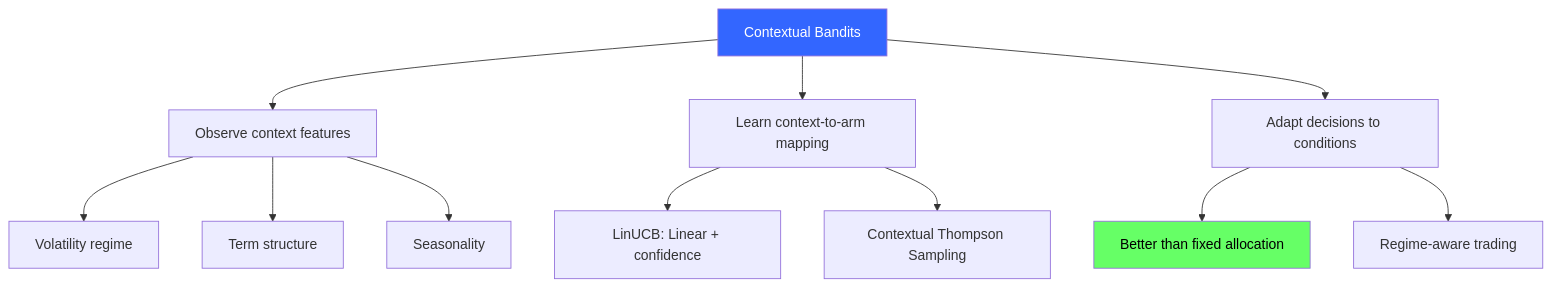
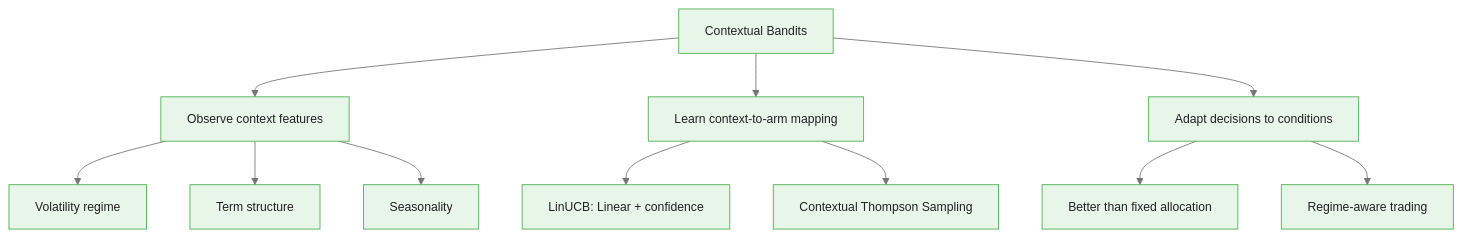
One commit to m-deane/course-creator changed the fourth of 4 diagrams in courses/multi-armed-bandits-ab-testing/modules/module_03_contextual_bandits/guides/01_contextual_bandit_framework_slides.md. Above: the diagram before and after it, drawn with Mermaid. The commit also changed other lines of this file and 146 other files, not shown here.

````diff
--- a/courses/multi-armed-bandits-ab-testing/modules/module_03_contextual_bandits/guides/01_contextual_bandit_framework_slides.md
+++ b/courses/multi-armed-bandits-ab-testing/modules/module_03_contextual_bandits/guides/01_contextual_bandit_framework_slides.md
@@ -206,19 +251,17 @@
 ```mermaid
+%%{init: {"theme": "base", "themeVariables": {"primaryColor": "#e8f5e9", "primaryBorderColor": "#4caf50", "primaryTextColor": "#212121", "secondaryColor": "#e3f2fd", "tertiaryColor": "#fff8e1", "lineColor": "#757575", "fontFamily": "Inter, sans-serif", "fontSize": "14px"}}}%%
 flowchart TD
     CB["Contextual Bandits"] --> Obs["Observe context features"]
     CB --> Learn["Learn context-to-arm mapping"]
     CB --> Adapt["Adapt decisions to conditions"]
 
     Obs --> Vol["Volatility regime"]
     Obs --> Term["Term structure"]
     Obs --> Season["Seasonality"]
 
     Learn --> LinUCB_s["LinUCB: Linear + confidence"]
     Learn --> CTS["Contextual Thompson Sampling"]
 
     Adapt --> Better["Better than fixed allocation"]
     Adapt --> Regime["Regime-aware trading"]
-
-    style CB fill:#36f,color:#fff
-    style Better fill:#6f6,color:#000
 ```
````
